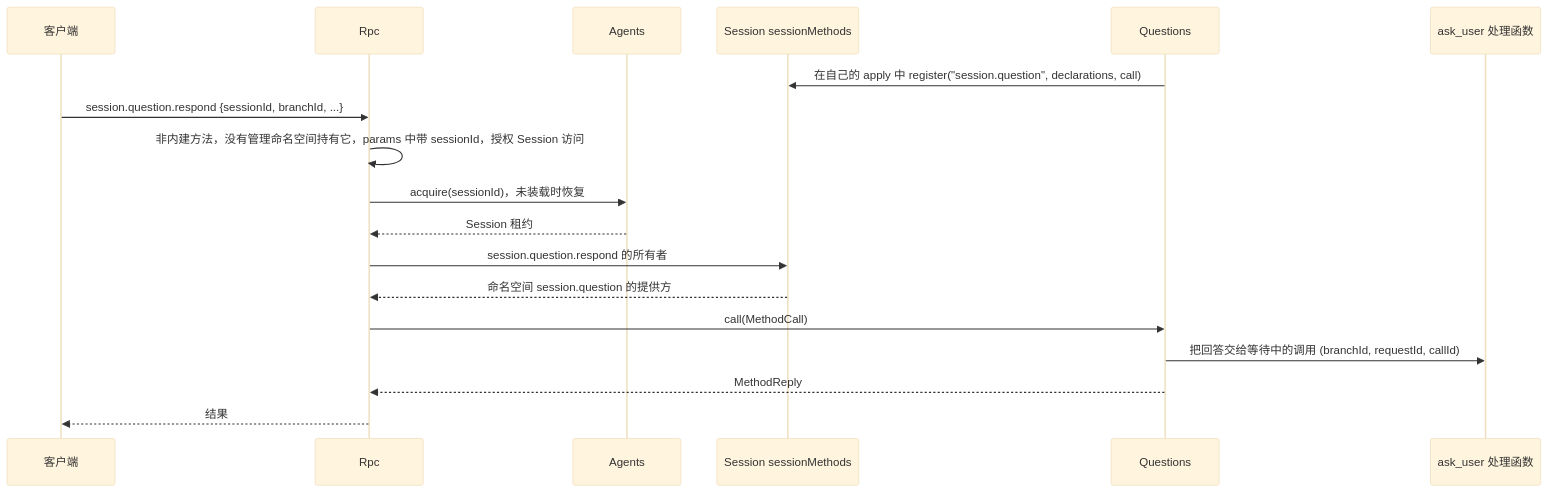
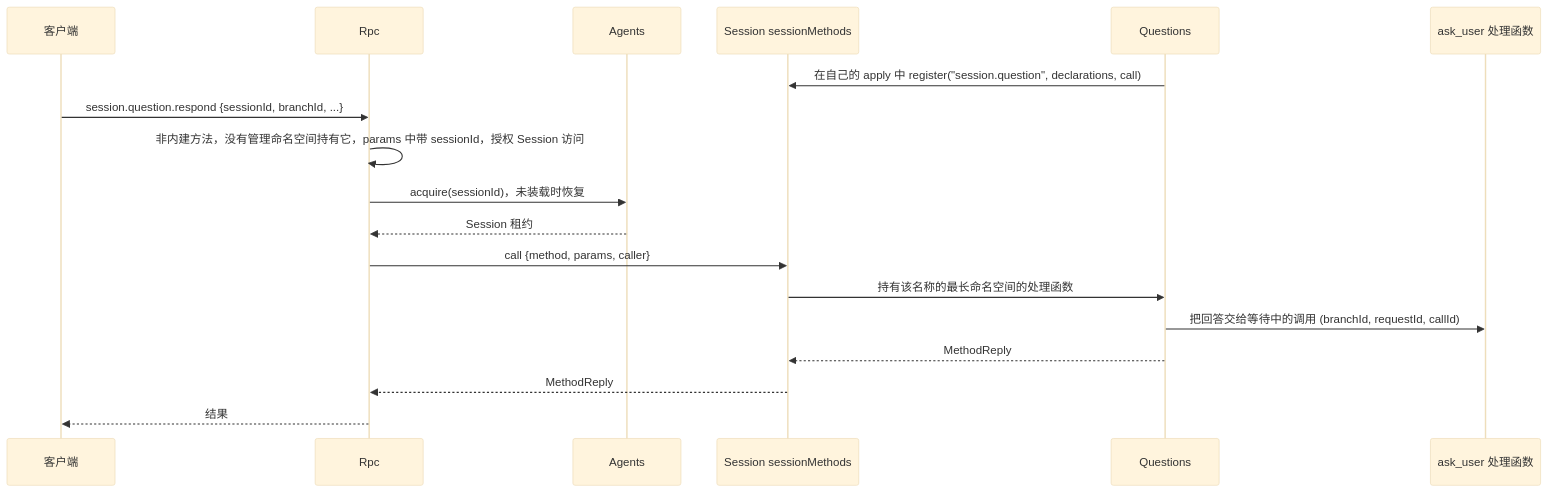
Before and after one commit to arcships/dim: the second of 3 diagrams in docs/zh/design/contracts/session-boundary.md, drawn with Mermaid (base theme). The commit also changed other lines of this file and 2 other files, not shown here.

````diff
--- a/docs/zh/design/contracts/session-boundary.md
+++ b/docs/zh/design/contracts/session-boundary.md
@@ -71,20 +71,20 @@
 ```mermaid
 sequenceDiagram
   participant CL as 客户端
   participant Rpc as Rpc
   participant AI as Agents
   participant S as Session sessionMethods
   participant Q as Questions
   participant H as ask_user 处理函数
   Q->>S: 在自己的 apply 中 register("session.question", declarations, call)
   CL->>Rpc: session.question.respond {sessionId, branchId, ...}
   Rpc->>Rpc: 非内建方法，没有管理命名空间持有它，params 中带 sessionId，授权 Session 访问
   Rpc->>AI: acquire(sessionId)，未装载时恢复
   AI-->>Rpc: Session 租约
-  Rpc->>S: session.question.respond 的所有者
-  S-->>Rpc: 命名空间 session.question 的提供方
-  Rpc->>Q: call(MethodCall)
+  Rpc->>S: call {method, params, caller}
+  S->>Q: 持有该名称的最长命名空间的处理函数
   Q->>H: 把回答交给等待中的调用 (branchId, requestId, callId)
-  Q-->>Rpc: MethodReply
+  Q-->>S: MethodReply
+  S-->>Rpc: MethodReply
   Rpc-->>CL: 结果
 ```
````
